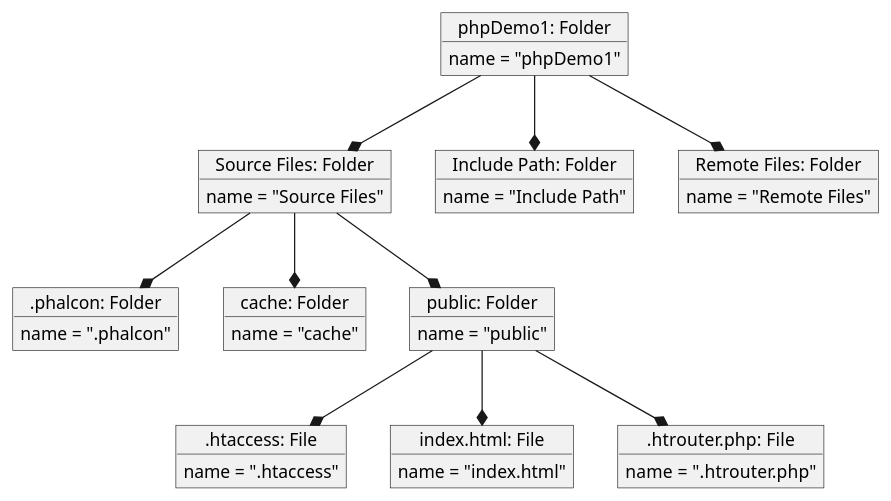
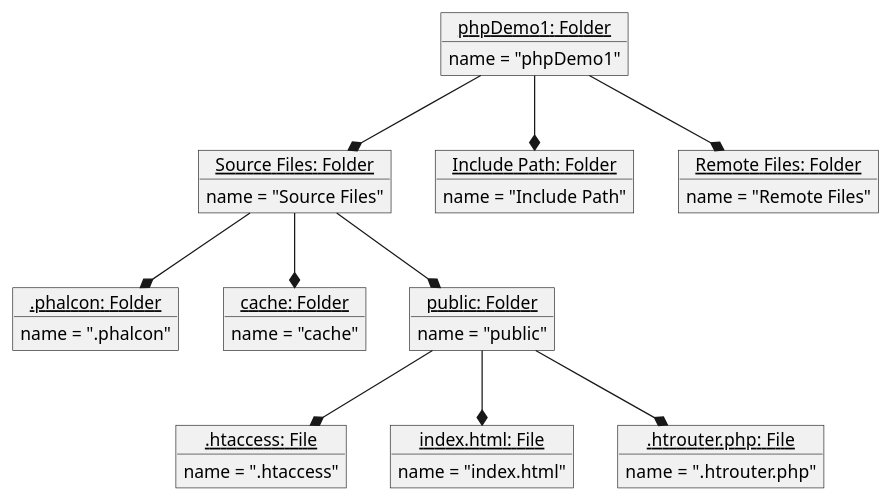
Before and after one commit to adenletchworth/Software-Engineering-Submissions: the diagram in HW3/Object Diagrams/FileSystemObjectUML.plantuml, drawn with PlantUML. The commit also changed 5 other files, not shown here.

Commit message:
fix: Add underline for object diagram names

```diff
--- a/HW3/Object Diagrams/FileSystemObjectUML.plantuml
+++ b/HW3/Object Diagrams/FileSystemObjectUML.plantuml
@@ -1,54 +1,54 @@
 @startuml FileSystemObject
 
-object "phpDemo1: Folder" as phpDemo1 {
+object "<u>phpDemo1: Folder</u>" as phpDemo1 {
     name = "phpDemo1"
 }
 
-object "Source Files: Folder" as sourceFiles {
+object "<u>Source Files: Folder</u>" as sourceFiles {
     name = "Source Files"
 }
 
-object "Include Path: Folder" as includePath {
+object "<u>Include Path: Folder</u>" as includePath {
     name = "Include Path"
 }
-    object ".phalcon: Folder" as phalcon {
+    object "<u>.phalcon: Folder</u>" as phalcon {
         name = ".phalcon"
     }
 
-    object "cache: Folder" as cache {
+    object "<u>cache: Folder</u>" as cache {
         name = "cache"
     }
 
-    object "public: Folder" as public {
+    object "<u>public: Folder</u>" as public {
         name = "public"
     }
 
-        object ".htaccess: File" as htaccess {
+        object "<u>.htaccess: File</u>" as htaccess {
             name = ".htaccess"
         }
 
-        object "index.html: File" as indexHtml {
+        object "<u>index.html: File</u>" as indexHtml {
             name = "index.html"
         }
 
-        object ".htrouter.php: File" as htrouterPhp {
+        object "<u>.htrouter.php: File</u>" as htrouterPhp {
             name = ".htrouter.php"
         }
     
-    object "Remote Files: Folder" as remoteFiles {
+    object "<u>Remote Files: Folder</u>" as remoteFiles {
         name = "Remote Files"
     }
 
 phpDemo1 --* sourceFiles
 phpDemo1 --* includePath
 phpDemo1 --* remoteFiles
 
 sourceFiles --* phalcon
 sourceFiles --* cache
 sourceFiles --* public
 
 public --* htaccess
 public --* indexHtml
 public --* htrouterPhp
 
 @enduml
```
